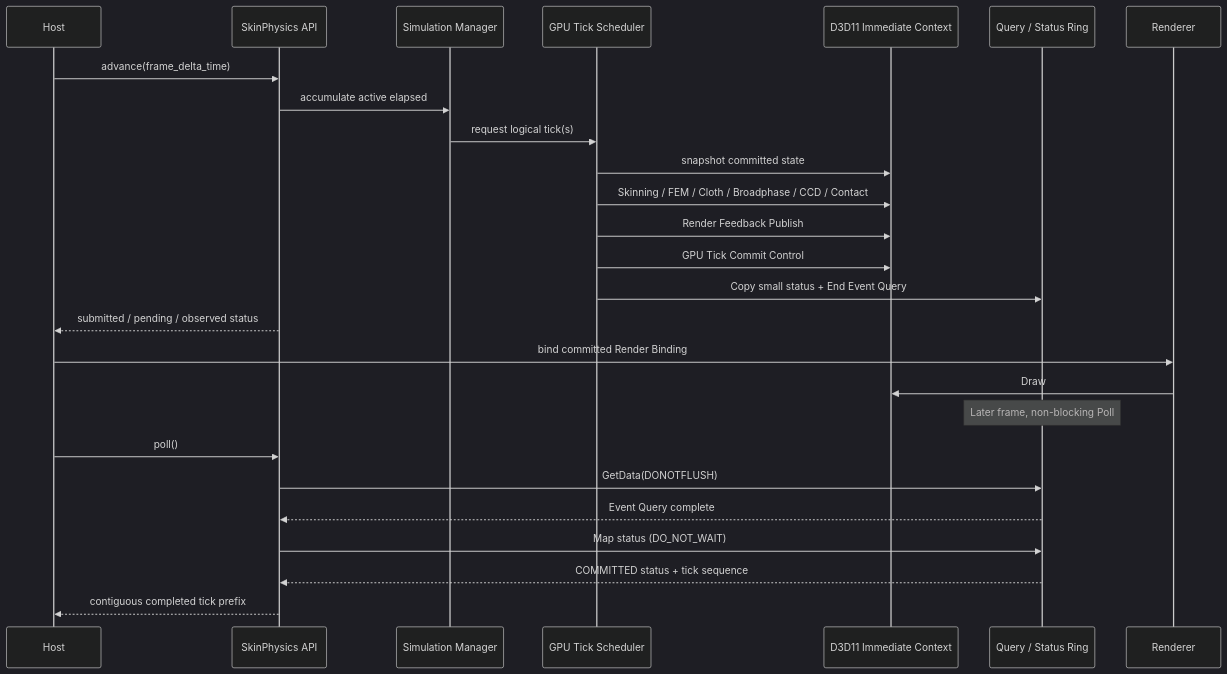
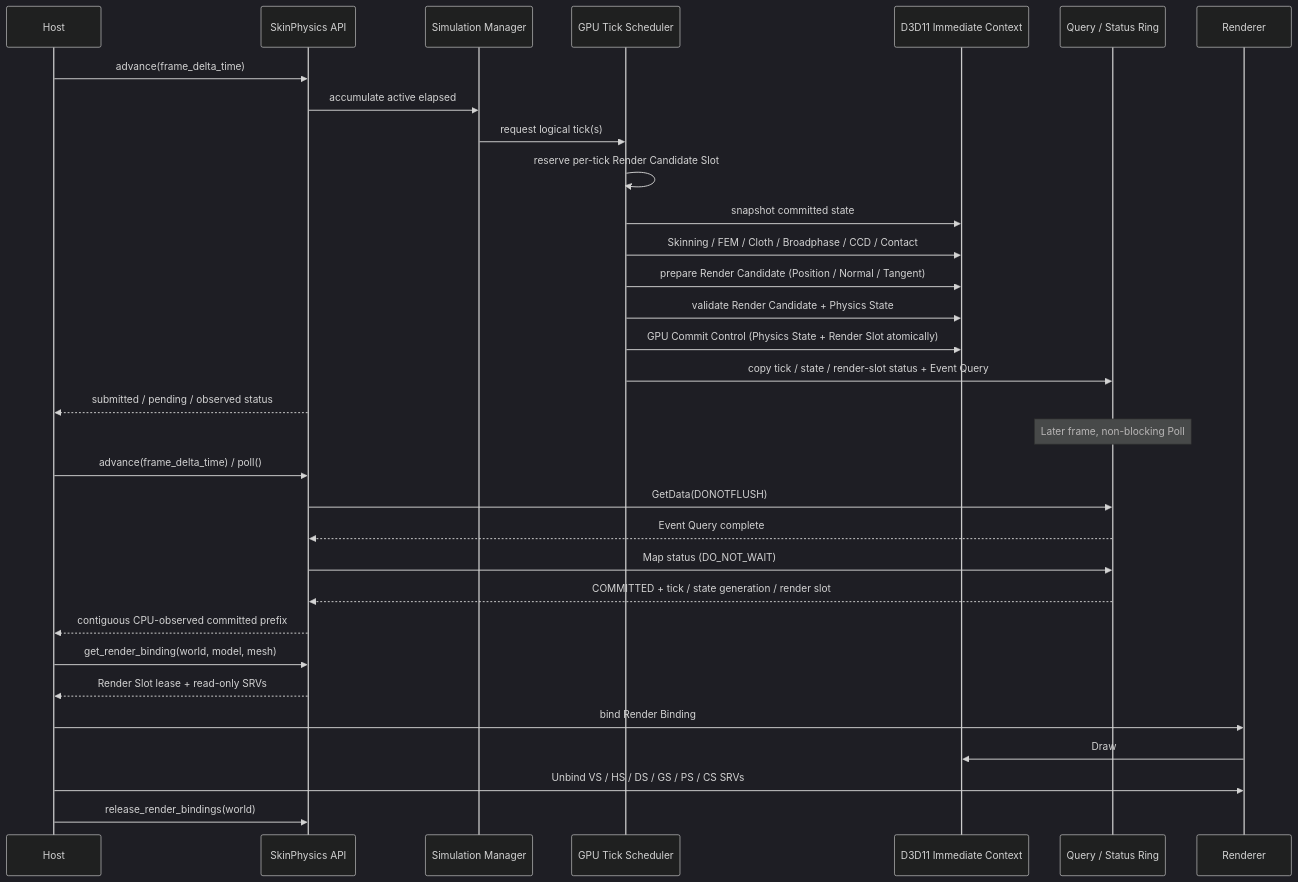
One commit to bigmoon77/Skin-physics- changed the second of 6 diagrams in docs/uml/phase12_gpu_runtime.md. Above: the diagram before and after it, drawn with Mermaid (dark theme). The commit also changed other lines of this file, not shown here.

Commit message:
docs: update Runtime UML for atomic render slot commit

````diff
--- a/docs/uml/phase12_gpu_runtime.md
+++ b/docs/uml/phase12_gpu_runtime.md
@@ -42,29 +42,35 @@
 ```mermaid
 sequenceDiagram
     participant H as Host
     participant API as SkinPhysics API
     participant S as Simulation Manager
     participant G as GPU Tick Scheduler
     participant D as D3D11 Immediate Context
     participant Q as Query / Status Ring
     participant R as Renderer
 
     H->>API: advance(frame_delta_time)
     API->>S: accumulate active elapsed
     S->>G: request logical tick(s)
+    G->>G: reserve per-tick Render Candidate Slot
     G->>D: snapshot committed state
     G->>D: Skinning / FEM / Cloth / Broadphase / CCD / Contact
-    G->>D: Render Feedback Publish
-    G->>D: GPU Tick Commit Control
-    G->>Q: Copy small status + End Event Query
+    G->>D: prepare Render Candidate (Position / Normal / Tangent)
+    G->>D: validate Render Candidate + Physics State
+    G->>D: GPU Commit Control (Physics State + Render Slot atomically)
+    G->>Q: copy tick / state / render-slot status + Event Query
     API-->>H: submitted / pending / observed status
-    H->>R: bind committed Render Binding
-    R->>D: Draw
     Note over Q: Later frame, non-blocking Poll
-    H->>API: poll()
+    H->>API: advance(frame_delta_time) / poll()
     API->>Q: GetData(DONOTFLUSH)
     Q-->>API: Event Query complete
     API->>Q: Map status (DO_NOT_WAIT)
-    Q-->>API: COMMITTED status + tick sequence
-    API-->>H: contiguous completed tick prefix
+    Q-->>API: COMMITTED + tick / state generation / render slot
+    API-->>H: contiguous CPU-observed committed prefix
+    H->>API: get_render_binding(world, model, mesh)
+    API-->>H: Render Slot lease + read-only SRVs
+    H->>R: bind Render Binding
+    R->>D: Draw
+    H->>R: Unbind VS / HS / DS / GS / PS / CS SRVs
+    H->>API: release_render_bindings(world)
 ```
````
